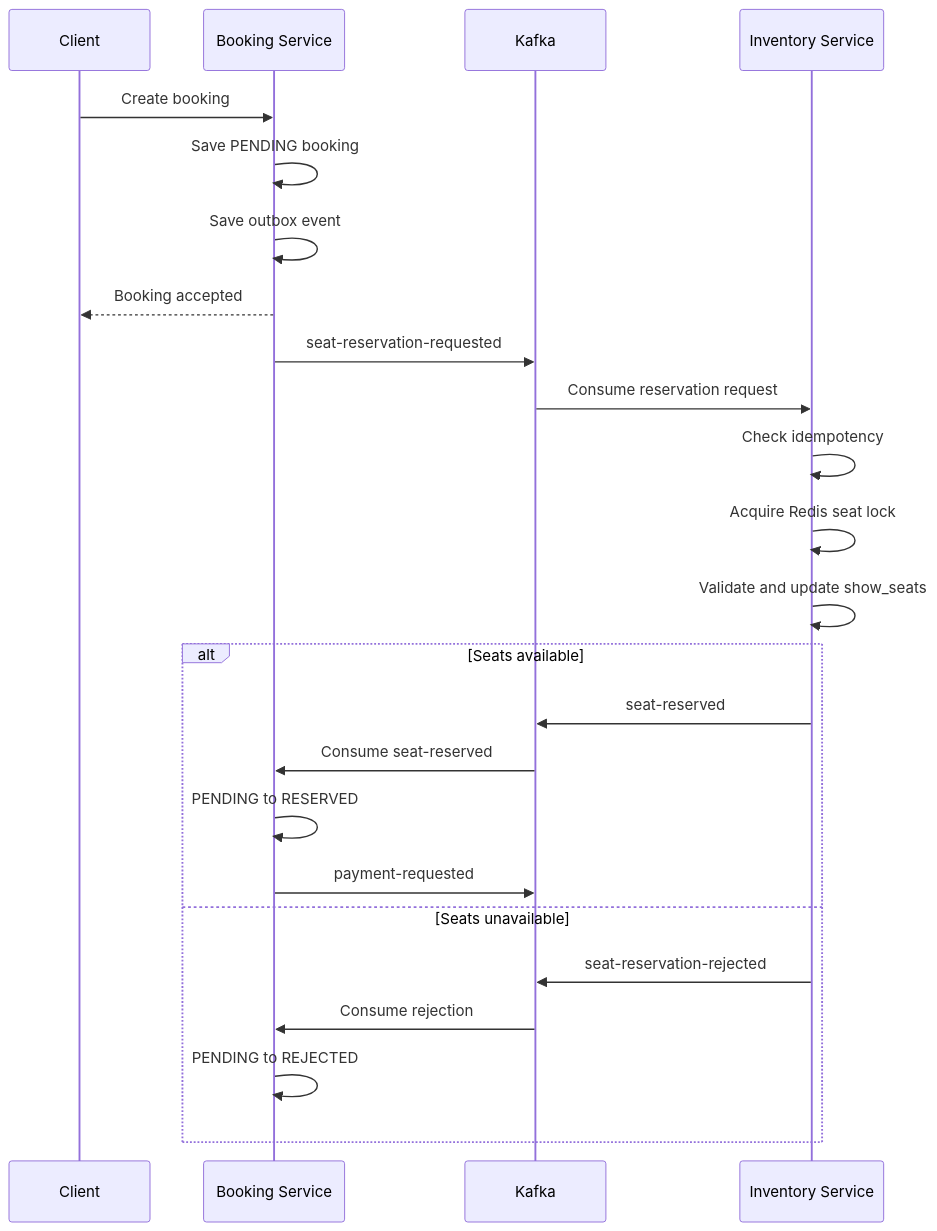
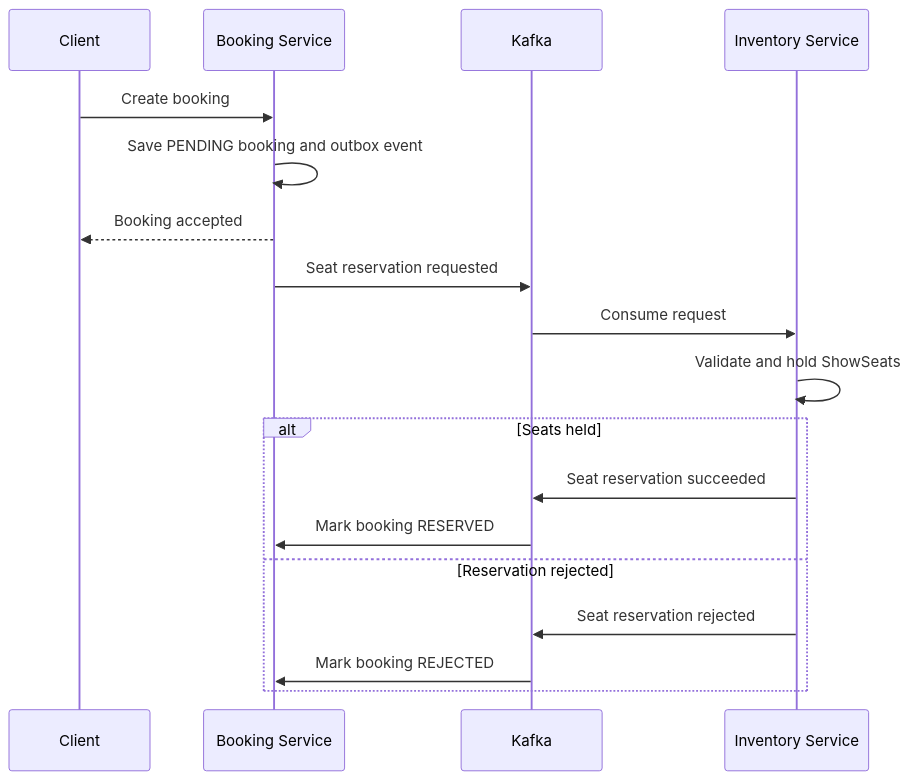
One commit to HuyKunNe/cinema-system changed the second of 2 diagrams in README.md. Above: the diagram before and after it, drawn with Mermaid. The commit also changed other lines of this file and 17 other files, not shown here.

````diff
--- a/README.md
+++ b/README.md
@@ -232,30 +305,22 @@
 ```mermaid
 sequenceDiagram
     participant Client
     participant Booking as Booking Service
     participant Kafka
     participant Inventory as Inventory Service
 
     Client->>Booking: Create booking
-    Booking->>Booking: Save PENDING booking
-    Booking->>Booking: Save outbox event
+    Booking->>Booking: Save PENDING booking and outbox event
     Booking-->>Client: Booking accepted
+    Booking->>Kafka: Seat reservation requested
+    Kafka->>Inventory: Consume request
+    Inventory->>Inventory: Validate and hold ShowSeats
 
-    Booking->>Kafka: seat-reservation-requested
-    Kafka->>Inventory: Consume reservation request
-
-    Inventory->>Inventory: Check idempotency
-    Inventory->>Inventory: Acquire Redis seat lock
-    Inventory->>Inventory: Validate and update show_seats
-
-    alt Seats available
-        Inventory->>Kafka: seat-reserved
-        Kafka->>Booking: Consume seat-reserved
-        Booking->>Booking: PENDING to RESERVED
-        Booking->>Kafka: payment-requested
-    else Seats unavailable
-        Inventory->>Kafka: seat-reservation-rejected
-        Kafka->>Booking: Consume rejection
-        Booking->>Booking: PENDING to REJECTED
+    alt Seats held
+        Inventory->>Kafka: Seat reservation succeeded
+        Kafka->>Booking: Mark booking RESERVED
+    else Reservation rejected
+        Inventory->>Kafka: Seat reservation rejected
+        Kafka->>Booking: Mark booking REJECTED
     end
 ```
````
